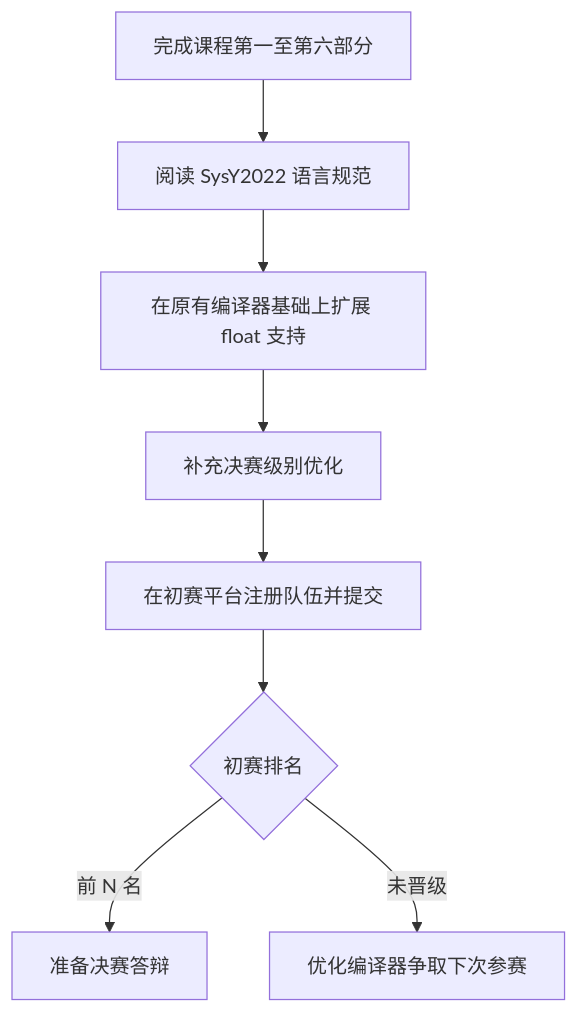
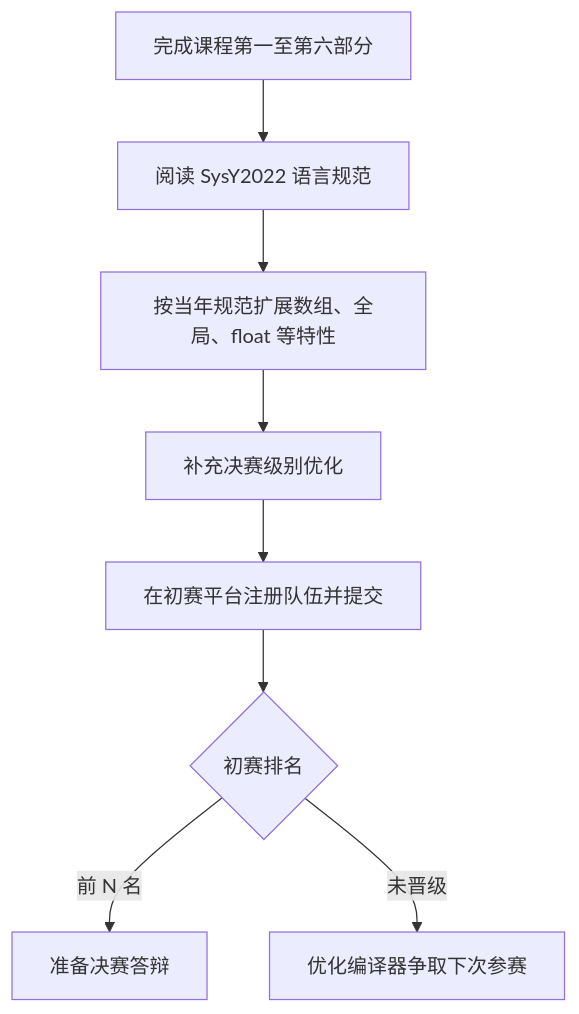
The second of 2 diagrams in docs/labs/part7-competition.md (lightsmilew/compiler-principles), drawn with Mermaid before and after one commit. The commit also changed other lines of this file and 47 other files, not shown here.

````diff
--- a/docs/labs/part7-competition.md
+++ b/docs/labs/part7-competition.md
@@ -204,10 +202,10 @@
 ```mermaid
 flowchart TD
     A[完成课程第一至第六部分] --> B[阅读 SysY2022 语言规范]
-    B --> C[在原有编译器基础上扩展 float 支持]
+    B --> C[按当年规范扩展数组、全局、float 等特性]
     C --> D[补充决赛级别优化]
     D --> E[在初赛平台注册队伍并提交]
     E --> F{初赛排名}
     F -->|前 N 名| G[准备决赛答辩]
     F -->|未晋级| H[优化编译器争取下次参赛]
 ```
````
